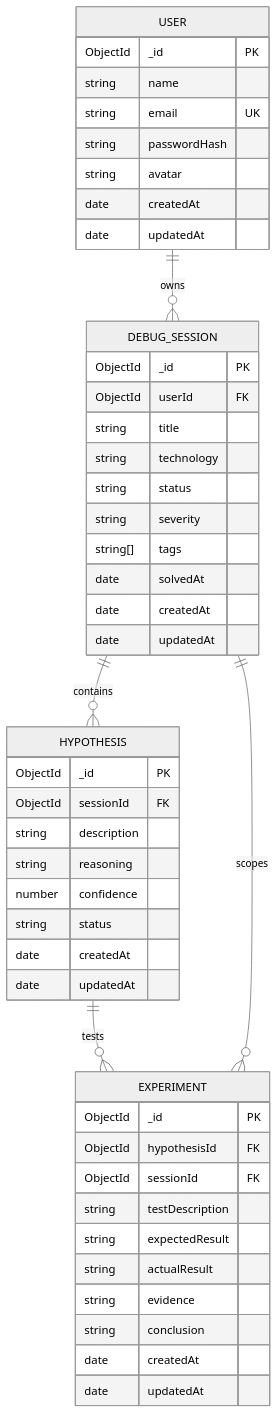
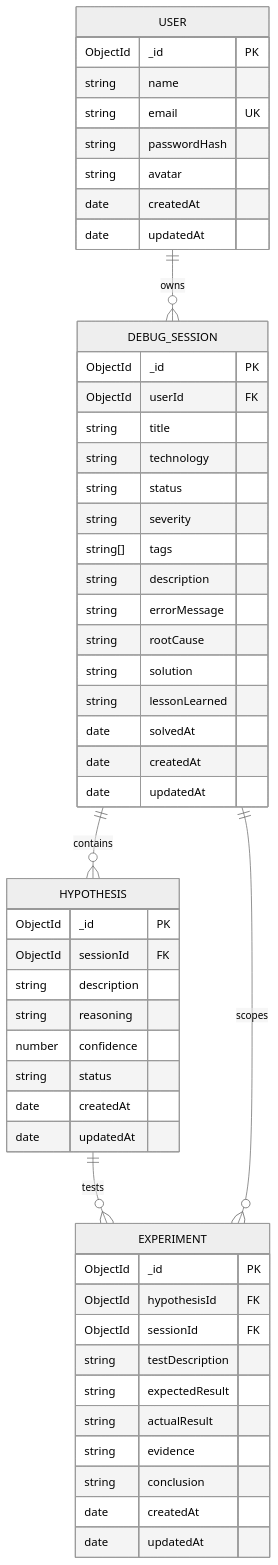
Before and after one commit to krisna-codes37/DevTrace: the third of 3 diagrams in README.md, drawn with Mermaid (neutral theme). The commit also changed other lines of this file and 1 other file, not shown here.

````diff
--- a/README.md
+++ b/README.md
@@ -84,54 +222,59 @@
 ```mermaid
 erDiagram
     USER ||--o{ DEBUG_SESSION : owns
     DEBUG_SESSION ||--o{ HYPOTHESIS : contains
     HYPOTHESIS ||--o{ EXPERIMENT : tests
     DEBUG_SESSION ||--o{ EXPERIMENT : scopes
 
     USER {
         ObjectId _id PK
         string name
         string email UK
         string passwordHash
         string avatar
         date createdAt
         date updatedAt
     }
 
     DEBUG_SESSION {
         ObjectId _id PK
         ObjectId userId FK
         string title
         string technology
         string status
         string severity
         string[] tags
+        string description
+        string errorMessage
+        string rootCause
+        string solution
+        string lessonLearned
         date solvedAt
         date createdAt
         date updatedAt
     }
 
     HYPOTHESIS {
         ObjectId _id PK
         ObjectId sessionId FK
         string description
         string reasoning
         number confidence
         string status
         date createdAt
         date updatedAt
     }
 
     EXPERIMENT {
         ObjectId _id PK
         ObjectId hypothesisId FK
         ObjectId sessionId FK
         string testDescription
         string expectedResult
         string actualResult
         string evidence
         string conclusion
         date createdAt
         date updatedAt
     }
 ```
````
